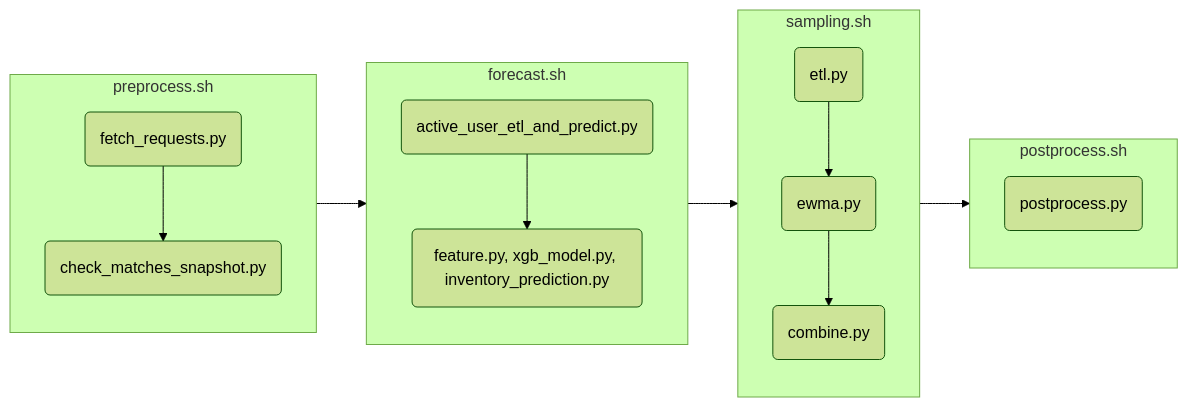
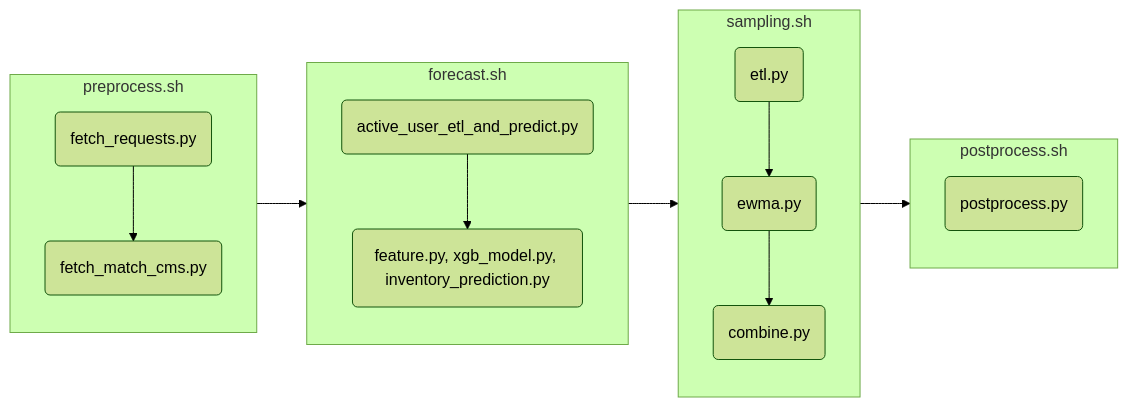
One commit to xiaoyali123456/inventory_forecasting changed the diagram in pipeline/readme.md. Above: the diagram before and after it, drawn with Mermaid (forest theme). The commit also changed 10 other files, not shown here.

````diff
--- a/pipeline/readme.md
+++ b/pipeline/readme.md
@@ -3,19 +3,19 @@
 ```mermaid
 graph LR
   subgraph preprocess.sh
     direction TB
-    A(fetch_requests.py) --> B(check_matches_snapshot.py)
+    A(fetch_requests.py) --> B(fetch_match_cms.py)
   end
   subgraph forecast.sh
     direction TB
     C(active_user_etl_and_predict.py) --> D(feature.py, xgb_model.py, inventory_prediction.py)
   end
   subgraph sampling.sh
     direction TB
     E(etl.py) --> F(ewma.py) --> G(combine.py)
   end
   subgraph postprocess.sh
     H(postprocess.py)
   end
   preprocess.sh --> forecast.sh --> sampling.sh --> postprocess.sh
 ```
````
